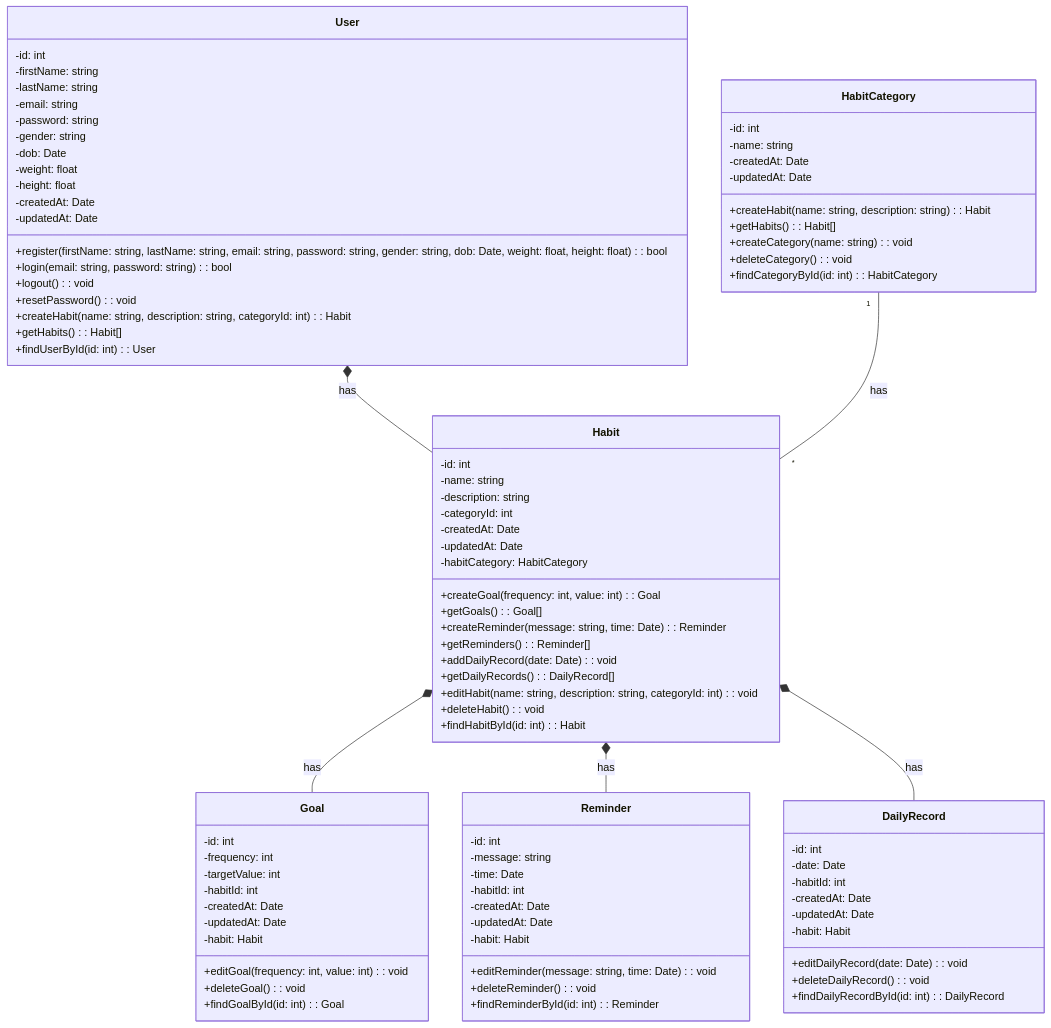
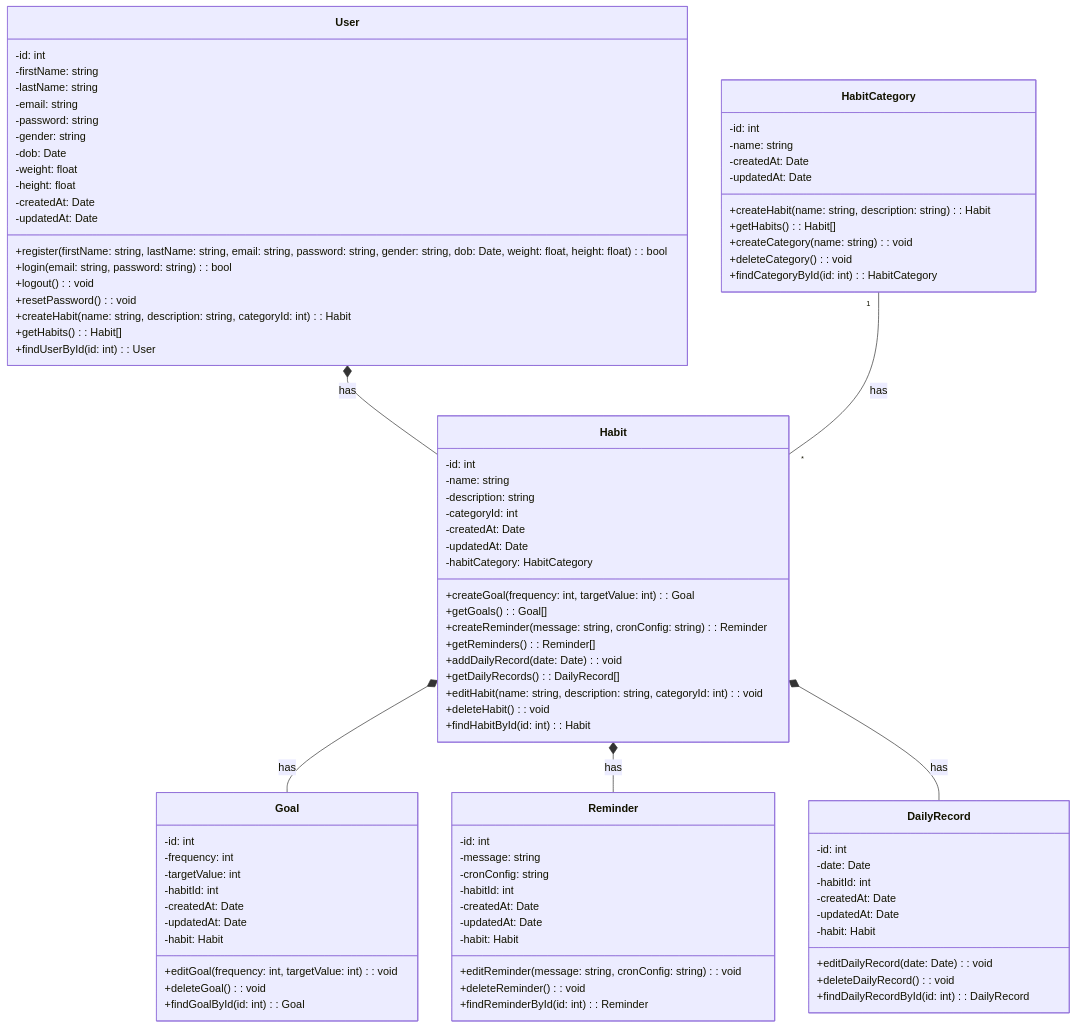
The diagram in docs/class-diagram.mmd (csalazar94/habit-tracker-api), drawn with Mermaid before and after one commit. The commit also changed 3 other files, not shown here.

Commit message:
📝 update erd and class diagram with cronConfig for reminders

```diff
--- a/docs/class-diagram.mmd
+++ b/docs/class-diagram.mmd
@@ -1,96 +1,96 @@
 classDiagram
     class User {
         -id: int
         -firstName: string
         -lastName: string
         -email: string
         -password: string
         -gender: string
         -dob: Date
         -weight: float
         -height: float
         -createdAt: Date
         -updatedAt: Date
         +register(firstName: string, lastName: string, email: string, password: string, gender: string, dob: Date, weight: float, height: float): bool
         +login(email: string, password: string): bool
         +logout(): void
         +resetPassword(): void
         +createHabit(name: string, description: string, categoryId: int): Habit
         +getHabits(): Habit[]
         +findUserById(id: int): User
     }
 
     class HabitCategory {
         -id: int
         -name: string
         -createdAt: Date
         -updatedAt: Date
         +createHabit(name: string, description: string): Habit
         +getHabits(): Habit[]
         +createCategory(name: string): void
         +deleteCategory(): void
         +findCategoryById(id: int): HabitCategory
     }
 
     class Habit {
         -id: int
         -name: string
         -description: string
         -categoryId: int
         -createdAt: Date
         -updatedAt: Date
-        +createGoal(frequency: int, value: int): Goal
+        +createGoal(frequency: int, targetValue: int): Goal
         +getGoals(): Goal[]
-        +createReminder(message: string, time: Date): Reminder
+        +createReminder(message: string, cronConfig: string): Reminder
         +getReminders(): Reminder[]
         +addDailyRecord(date: Date): void
         +getDailyRecords(): DailyRecord[]
         +editHabit(name: string, description: string, categoryId: int): void
         +deleteHabit(): void
         +findHabitById(id: int): Habit
         -habitCategory: HabitCategory
     }
 
     class Goal {
         -id: int
         -frequency: int
         -targetValue: int
         -habitId: int
         -createdAt: Date
         -updatedAt: Date
-        +editGoal(frequency: int, value: int): void
+        +editGoal(frequency: int, targetValue: int): void
         +deleteGoal(): void
         +findGoalById(id: int): Goal
         -habit: Habit
     }
 
     class Reminder {
         -id: int
         -message: string
-        -time: Date
+        -cronConfig: string
         -habitId: int
         -createdAt: Date
         -updatedAt: Date
-        +editReminder(message: string, time: Date): void
+        +editReminder(message: string, cronConfig: string): void
         +deleteReminder(): void
         +findReminderById(id: int): Reminder
         -habit: Habit
     }
 
     class DailyRecord {
         -id: int
         -date: Date
         -habitId: int
         -createdAt: Date
         -updatedAt: Date
         +editDailyRecord(date: Date): void
         +deleteDailyRecord(): void
         +findDailyRecordById(id: int): DailyRecord
         -habit: Habit
     }
 
     User *-- Habit : has
     HabitCategory "1"--"*" Habit : has
     Habit *-- Goal : has
     Habit *-- Reminder : has
     Habit *-- DailyRecord : has
```
